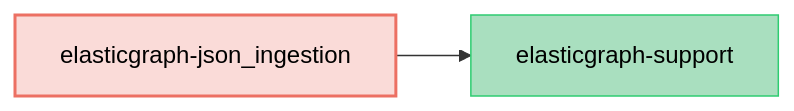
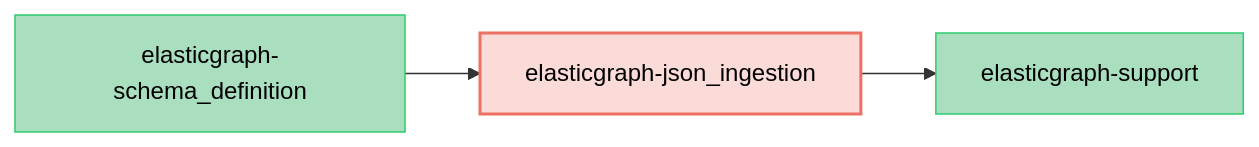
One commit to block/elasticgraph changed the diagram in elasticgraph-json_ingestion/README.md. Above: the diagram before and after it, drawn with Mermaid. The commit also changed 21 other files, not shown here.

Commit message:
Move JSON schema helpers to json ingestion gem

````diff
--- a/elasticgraph-json_ingestion/README.md
+++ b/elasticgraph-json_ingestion/README.md
@@ -10,11 +10,14 @@
 ```mermaid
 graph LR;
     classDef targetGemStyle fill:#FADBD8,stroke:#EC7063,color:#000,stroke-width:2px;
     classDef otherEgGemStyle fill:#A9DFBF,stroke:#2ECC71,color:#000;
     classDef externalGemStyle fill:#E0EFFF,stroke:#70A1D7,color:#2980B9;
     elasticgraph-json_ingestion["elasticgraph-json_ingestion"];
     class elasticgraph-json_ingestion targetGemStyle;
     elasticgraph-support["elasticgraph-support"];
     elasticgraph-json_ingestion --> elasticgraph-support;
     class elasticgraph-support otherEgGemStyle;
+    elasticgraph-schema_definition["elasticgraph-schema_definition"];
+    elasticgraph-schema_definition --> elasticgraph-json_ingestion;
+    class elasticgraph-schema_definition otherEgGemStyle;
 ```
````
